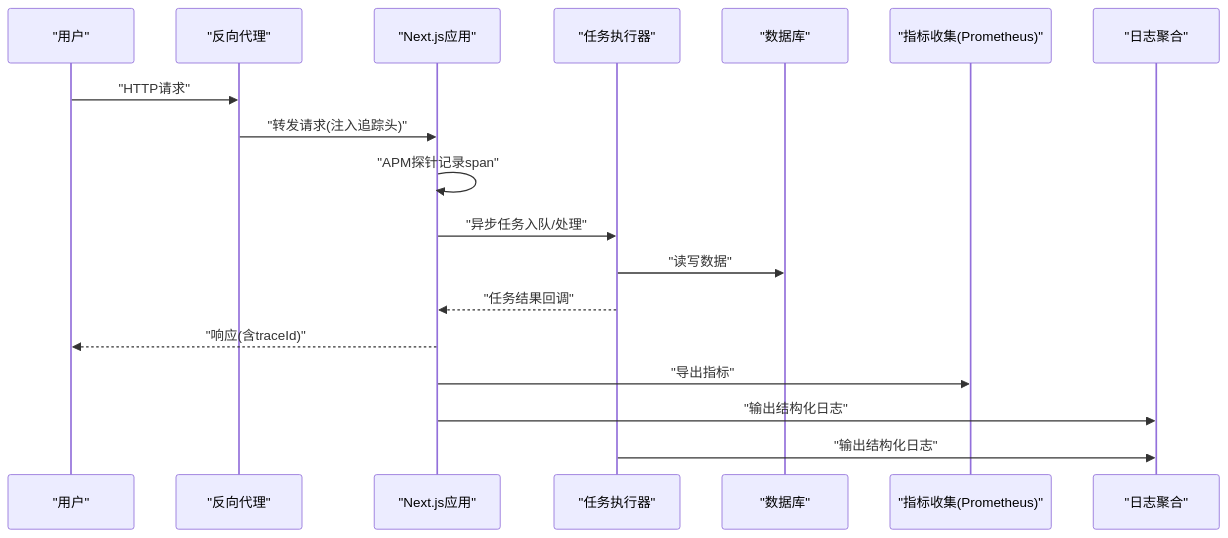
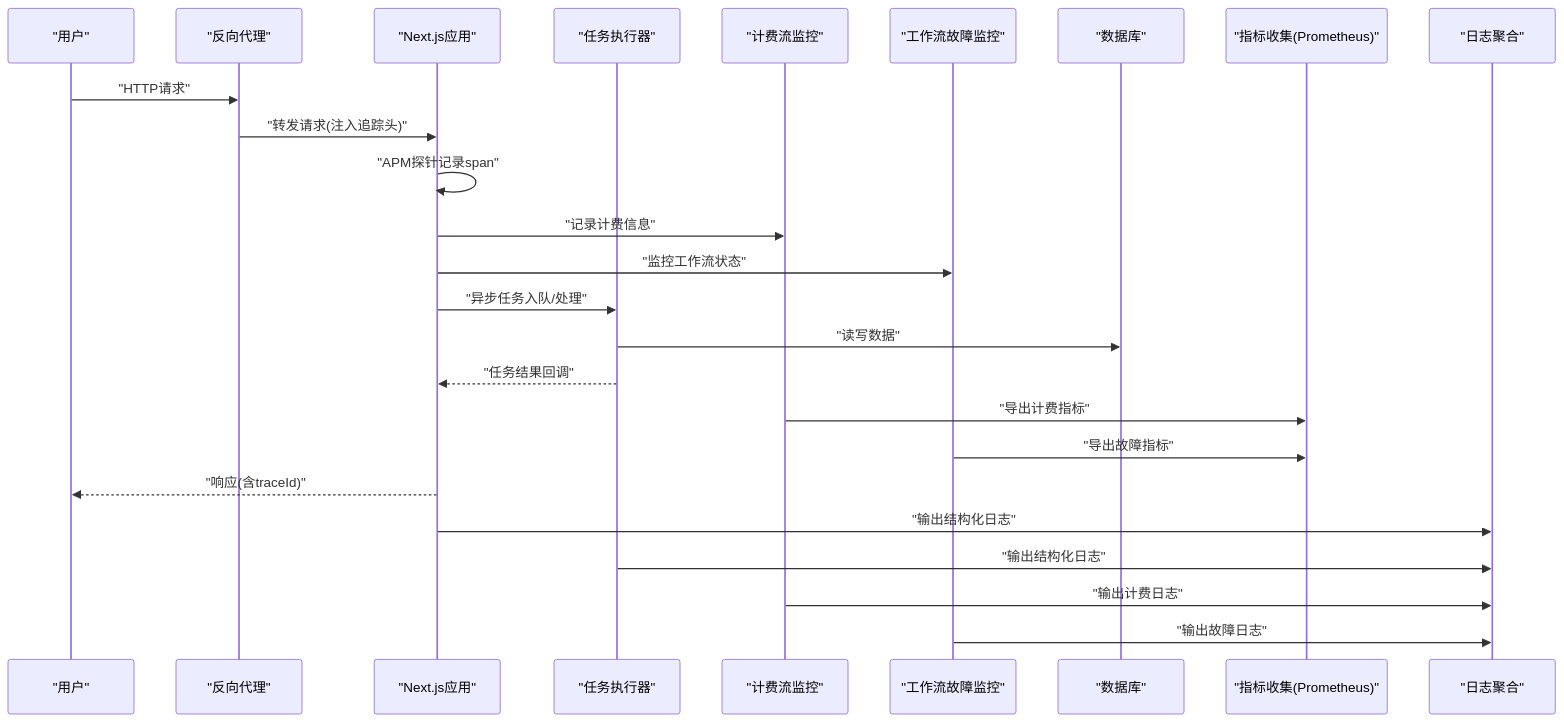
One commit to scottcwy/PurpleInk changed the second of 9 diagrams in .qoder/repowiki/zh/content/部署指南/监控与日志管理/监控与日志管理.md. Above: the diagram before and after it, drawn with Mermaid. The commit also changed other lines of this file and 23 other files, not shown here.

````diff
--- a/.qoder/repowiki/zh/content/部署指南/监控与日志管理/监控与日志管理.md
+++ b/.qoder/repowiki/zh/content/部署指南/监控与日志管理/监控与日志管理.md
@@ -94,20 +119,27 @@
 ```mermaid
 sequenceDiagram
 participant U as "用户"
 participant P as "反向代理"
 participant N as "Next.js应用"
 participant J as "任务执行器"
+participant B as "计费流监控"
+participant W as "工作流故障监控"
 participant D as "数据库"
 participant M as "指标收集(Prometheus)"
 participant L as "日志聚合"
 U->>P : "HTTP请求"
 P->>N : "转发请求(注入追踪头)"
 N->>N : "APM探针记录span"
+N->>B : "记录计费信息"
+N->>W : "监控工作流状态"
 N->>J : "异步任务入队/处理"
 J->>D : "读写数据"
 J-->>N : "任务结果回调"
+B->>M : "导出计费指标"
+W->>M : "导出故障指标"
 N-->>U : "响应(含traceId)"
-N->>M : "导出指标"
 N->>L : "输出结构化日志"
 J->>L : "输出结构化日志"
+B->>L : "输出计费日志"
+W->>L : "输出故障日志"
 ```
````
